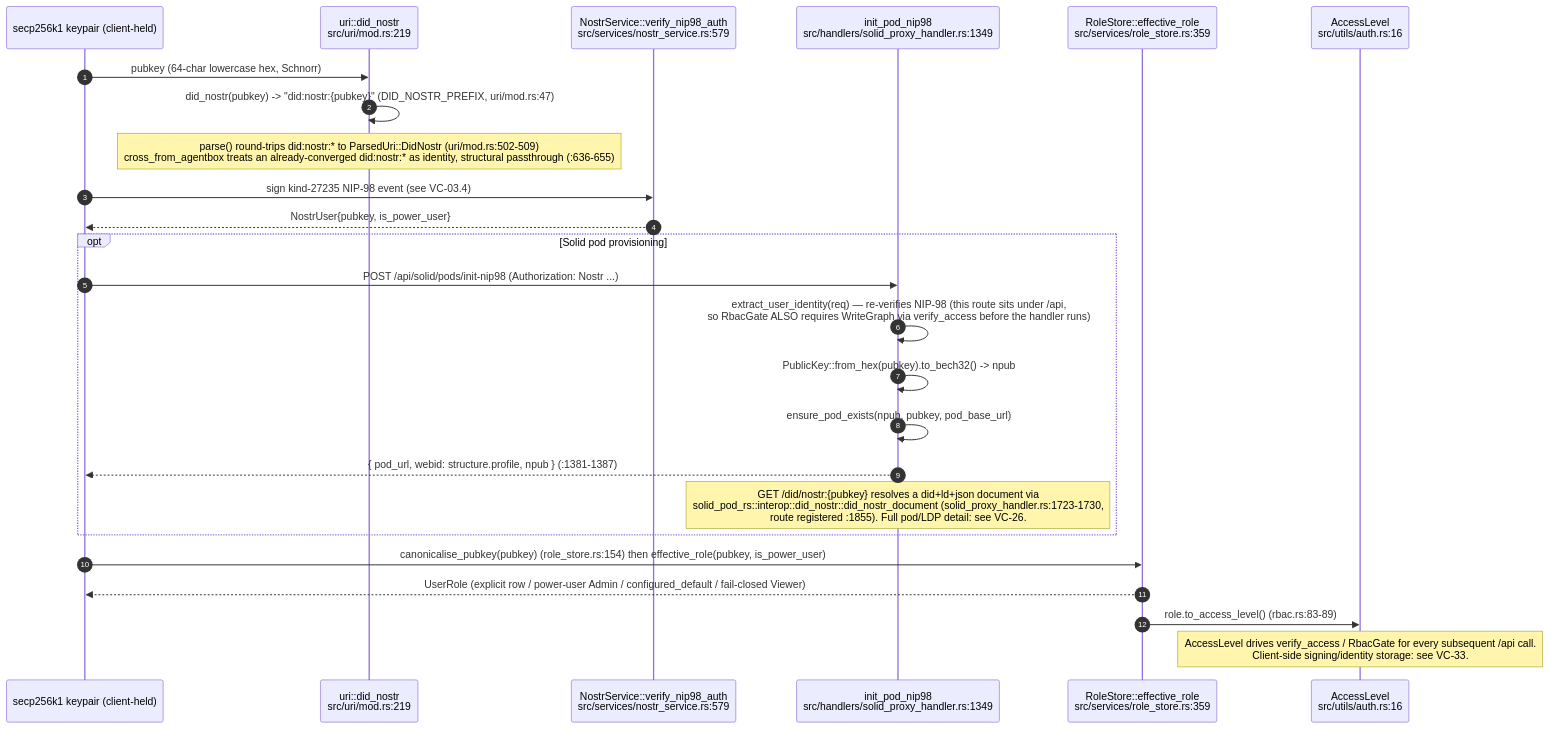
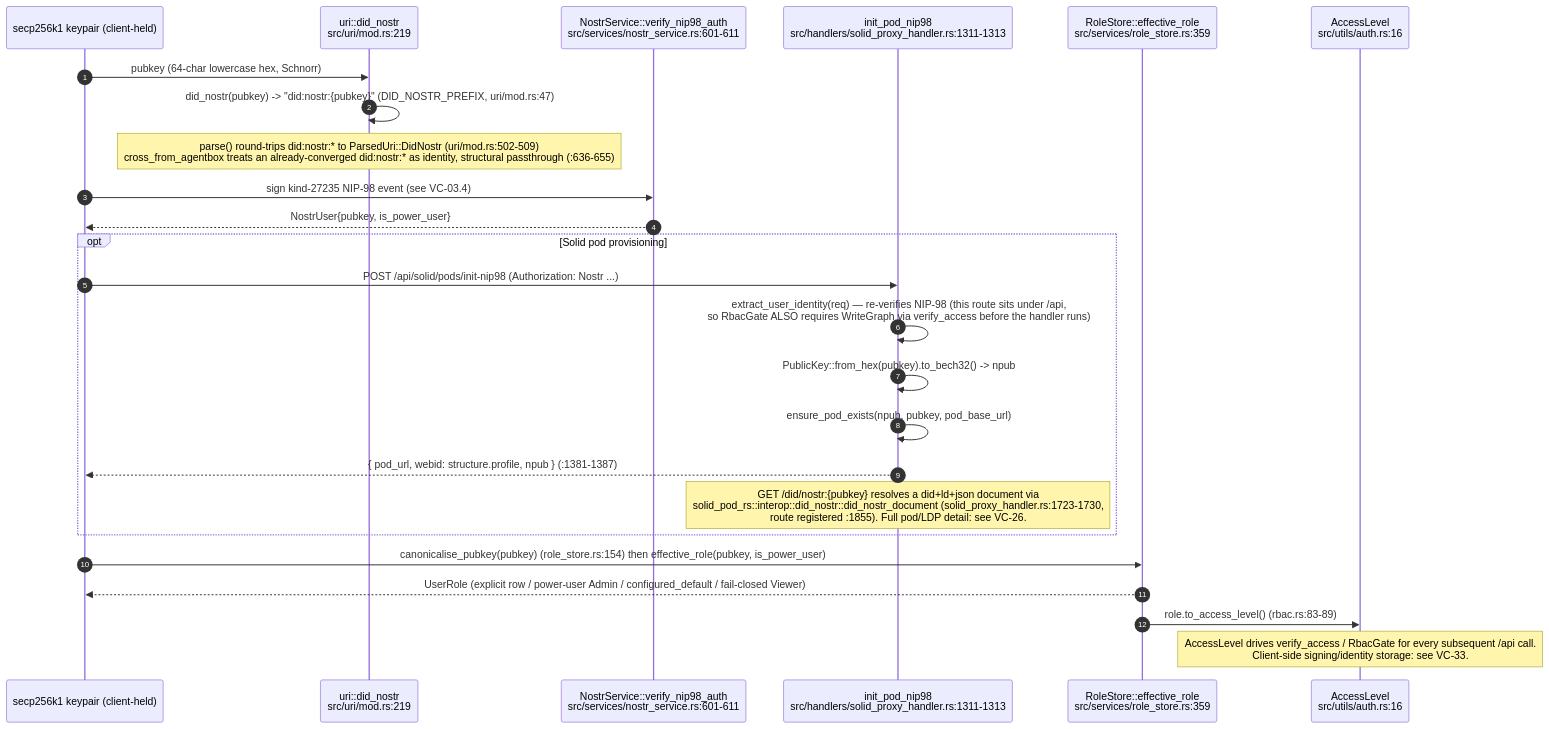
Before and after one commit to DreamLab-AI/AR-AI-Knowledge-Graph: diagram 15 of 16 in docs/diagrams/visionclaw/03-request-lifecycle-and-rbac.md, drawn with Mermaid. The commit also changed other lines of this file and 36 other files, not shown here.

````diff
--- a/docs/diagrams/visionclaw/03-request-lifecycle-and-rbac.md
+++ b/docs/diagrams/visionclaw/03-request-lifecycle-and-rbac.md
@@ -556,28 +556,28 @@
 ```mermaid
 sequenceDiagram
     autonumber
     participant K as secp256k1 keypair (client-held)
     participant U as uri::did_nostr<br/>src/uri/mod.rs:219
-    participant NS as NostrService::verify_nip98_auth<br/>src/services/nostr_service.rs:579
-    participant SP as init_pod_nip98<br/>src/handlers/solid_proxy_handler.rs:1349
+    participant NS as NostrService::verify_nip98_auth<br/>src/services/nostr_service.rs:601-611
+    participant SP as init_pod_nip98<br/>src/handlers/solid_proxy_handler.rs:1311-1313
     participant RS as RoleStore::effective_role<br/>src/services/role_store.rs:359
     participant AL as AccessLevel<br/>src/utils/auth.rs:16
 
     K->>U: pubkey (64-char lowercase hex, Schnorr)
     U->>U: did_nostr(pubkey) -> "did:nostr:{pubkey}" (DID_NOSTR_PREFIX, uri/mod.rs:47)
     Note over U: parse() round-trips did:nostr:* to ParsedUri::DidNostr (uri/mod.rs:502-509)<br/>cross_from_agentbox treats an already-converged did:nostr:* as identity, structural passthrough (:636-655)
     K->>NS: sign kind-27235 NIP-98 event (see VC-03.4)
     NS-->>K: NostrUser{pubkey, is_power_user}
     opt Solid pod provisioning
         K->>SP: POST /api/solid/pods/init-nip98 (Authorization: Nostr ...)
         SP->>SP: extract_user_identity(req) — re-verifies NIP-98 (this route sits under /api,<br/>so RbacGate ALSO requires WriteGraph via verify_access before the handler runs)
         SP->>SP: PublicKey::from_hex(pubkey).to_bech32() -> npub
         SP->>SP: ensure_pod_exists(npub, pubkey, pod_base_url)
         SP-->>K: { pod_url, webid: structure.profile, npub } (:1381-1387)
         Note over SP: GET /did/nostr:{pubkey} resolves a did+ld+json document via<br/>solid_pod_rs::interop::did_nostr::did_nostr_document (solid_proxy_handler.rs:1723-1730,<br/>route registered :1855). Full pod/LDP detail: see VC-26.
     end
     K->>RS: canonicalise_pubkey(pubkey) (role_store.rs:154) then effective_role(pubkey, is_power_user)
     RS-->>K: UserRole (explicit row / power-user Admin / configured_default / fail-closed Viewer)
     RS->>AL: role.to_access_level() (rbac.rs:83-89)
     Note over AL: AccessLevel drives verify_access / RbacGate for every subsequent /api call.<br/>Client-side signing/identity storage: see VC-33.
 ```
````
